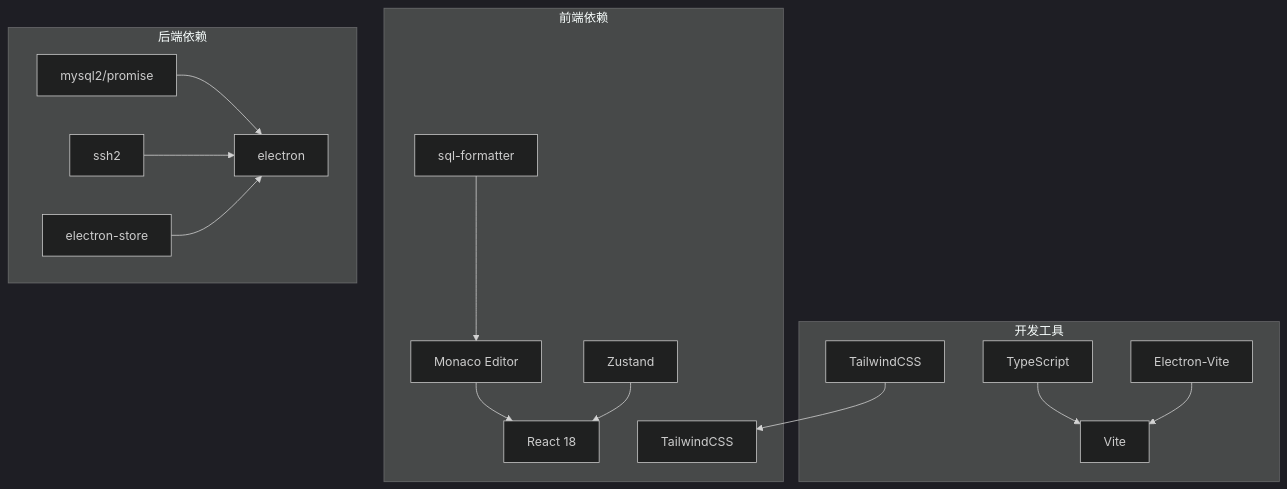
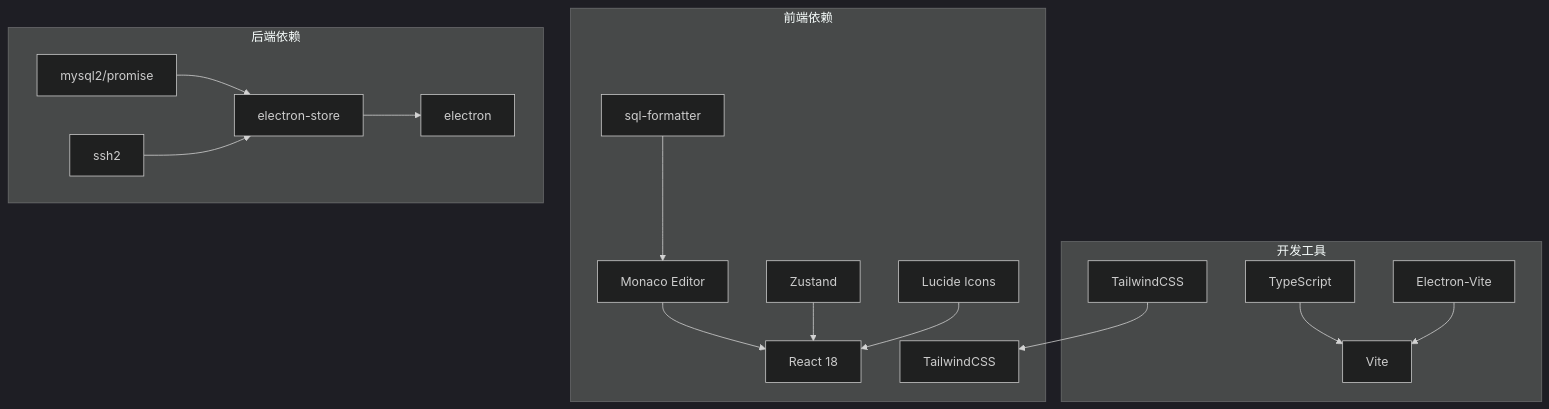
One commit to wwenbo2048/nexsql changed diagram 11 of 12 in .qoder/repowiki/zh/content/前端组件系统/SQL智能编辑功能.md. Above: the diagram before and after it, drawn with Mermaid (dark theme). The commit also changed other lines of this file and 10 other files, not shown here.

````diff
--- a/.qoder/repowiki/zh/content/前端组件系统/SQL智能编辑功能.md
+++ b/.qoder/repowiki/zh/content/前端组件系统/SQL智能编辑功能.md
@@ -360,31 +458,33 @@
 ```mermaid
 graph TB
 subgraph "前端依赖"
 A[Monaco Editor]
 B[React 18]
 C[Zustand]
 D[TailwindCSS]
 E[sql-formatter]
+F[Lucide Icons]
 end
 subgraph "后端依赖"
-F[mysql2/promise]
-G[ssh2]
-H[electron-store]
-I[electron]
+G[mysql2/promise]
+H[ssh2]
+I[electron-store]
+J[electron]
 end
 subgraph "开发工具"
-J[TypeScript]
-K[Vite]
-L[Electron-Vite]
-M[TailwindCSS]
+K[TypeScript]
+L[Vite]
+M[Electron-Vite]
+N[TailwindCSS]
 end
 A --> B
 C --> B
 E --> A
-F --> I
+F --> B
 G --> I
 H --> I
-J --> K
-L --> K
-M --> D
+I --> J
+K --> L
+M --> L
+N --> D
 ```
````
